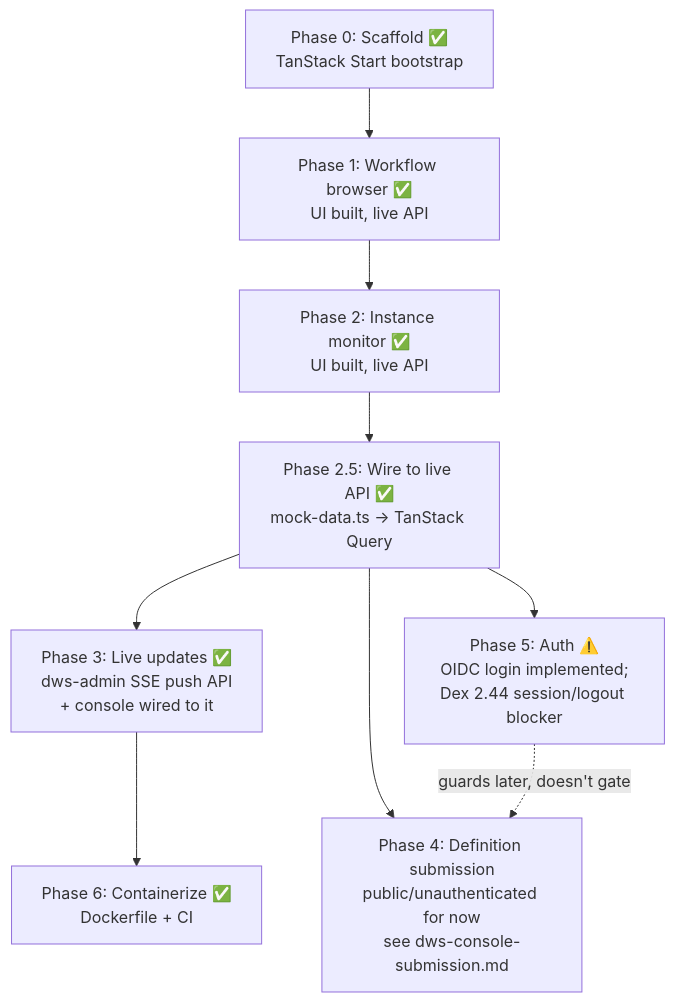
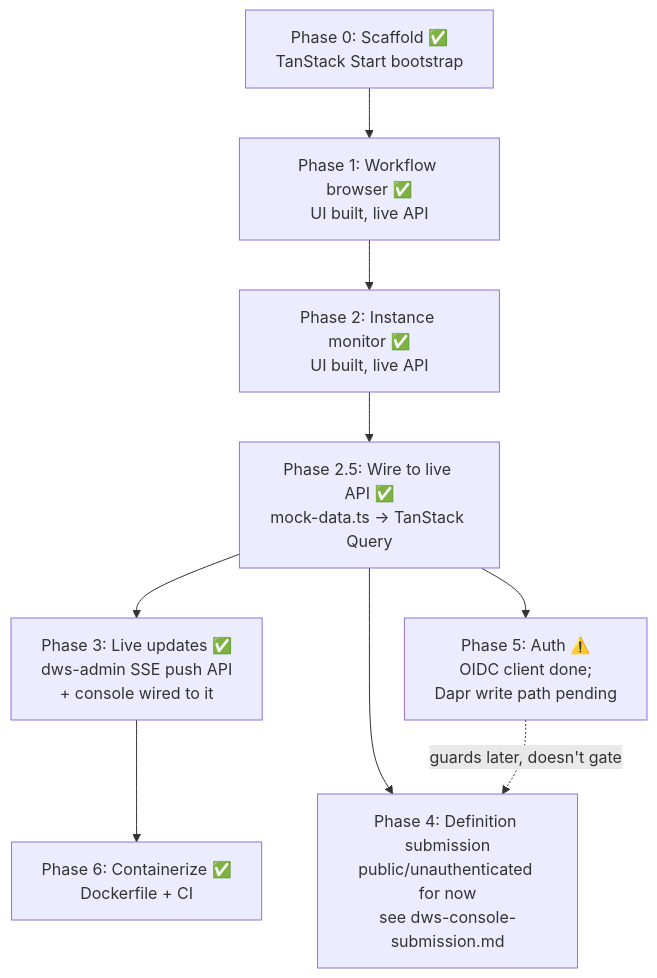
The diagram in docs/roadmaps/dws-console.md (tonylibs/dapr-workflow-spec), drawn with Mermaid before and after one commit. The commit also changed other lines of this file and 3 other files, not shown here.

````diff
--- a/docs/roadmaps/dws-console.md
+++ b/docs/roadmaps/dws-console.md
@@ -34,11 +34,11 @@
 ```mermaid
 flowchart TD
   P0["Phase 0: Scaffold ✅<br/>TanStack Start bootstrap"] --> P1["Phase 1: Workflow browser ✅<br/>UI built, live API"]
   P1 --> P2["Phase 2: Instance monitor ✅<br/>UI built, live API"]
   P2 --> P25["Phase 2.5: Wire to live API ✅<br/>mock-data.ts → TanStack Query"]
   P25 --> P3["Phase 3: Live updates ✅<br/>dws-admin SSE push API<br/>+ console wired to it"]
   P25 --> P4["Phase 4: Definition submission<br/>public/unauthenticated for now<br/>see dws-console-submission.md"]
-  P25 --> P5["Phase 5: Auth ⚠️<br/>OIDC login implemented;<br/>Dex 2.44 session/logout blocker"]
+  P25 --> P5["Phase 5: Auth ⚠️<br/>OIDC client done;<br/>Dapr write path pending"]
   P3 --> P6["Phase 6: Containerize ✅<br/>Dockerfile + CI"]
   P5 -.guards later, doesn't gate.-> P4
 ```
````
